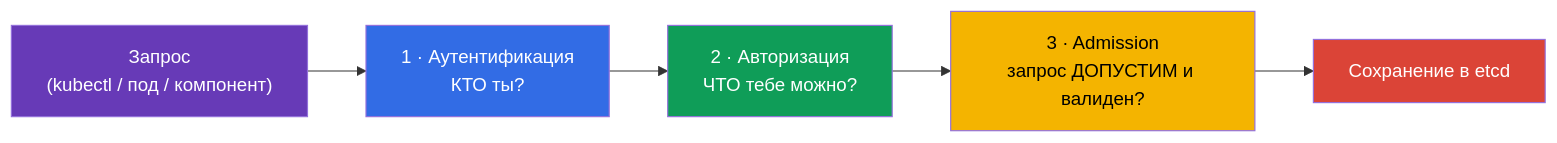
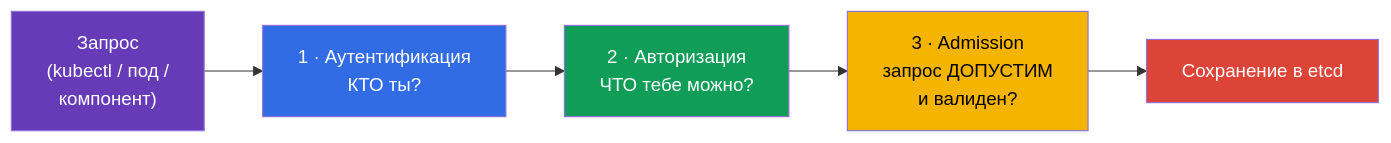
The first of 7 diagrams in tasks/cka/course/21/ru.md (ViktorUJ/cks), drawn with Mermaid before and after one commit. The commit also changed other lines of this file, not shown here.

````diff
--- a/tasks/cka/course/21/ru.md
+++ b/tasks/cka/course/21/ru.md
@@ -15,12 +15,12 @@
 ```mermaid
 flowchart LR
-    req["Запрос<br>(kubectl / под / компонент)"] --> authn["1 · Аутентификация<br>КТО ты?"]
+    req["Запрос<br>(kubectl / под /<br>компонент)"] --> authn["1 · Аутентификация<br>КТО ты?"]
     authn --> authz["2 · Авторизация<br>ЧТО тебе можно?"]
-    authz --> adm["3 · Admission<br>запрос ДОПУСТИМ и валиден?"]
+    authz --> adm["3 · Admission<br>запрос ДОПУСТИМ<br>и валиден?"]
     adm --> etcd["Сохранение в etcd"]
     style req fill:#673ab7,color:#fff
     style authn fill:#326ce5,color:#fff
     style authz fill:#0f9d58,color:#fff
     style adm fill:#f4b400,color:#000
     style etcd fill:#db4437,color:#fff
 ```
````
